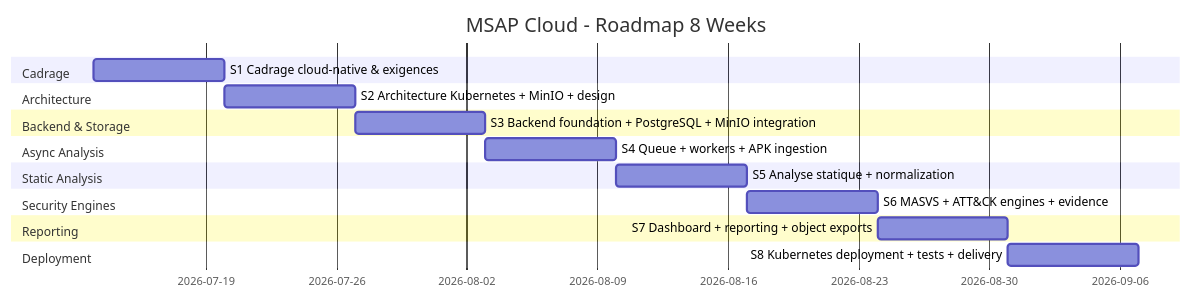
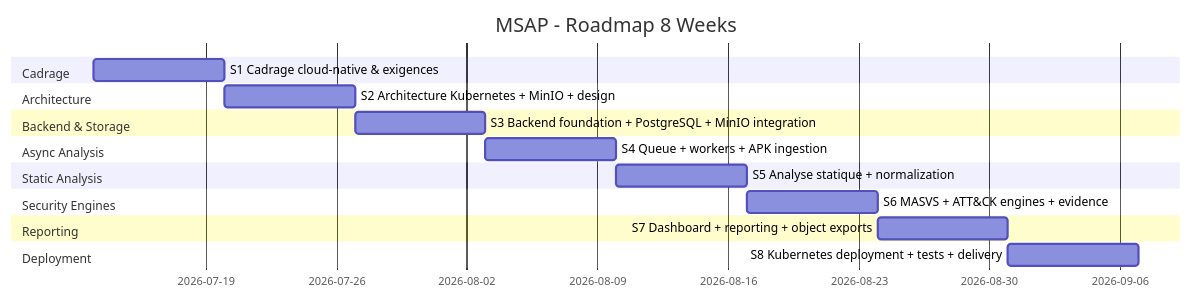
One commit to nine11-tech/MSAP changed the diagram in docs/00_Cadrage/04_Gantt_8_Weeks.md. Above: the diagram before and after it, drawn with Mermaid. The commit also changed other lines of this file and 49 other files, not shown here.

````diff
--- a/docs/00_Cadrage/04_Gantt_8_Weeks.md
+++ b/docs/00_Cadrage/04_Gantt_8_Weeks.md
@@ -3,21 +3,21 @@
 ```mermaid
 gantt
-    title MSAP Cloud - Roadmap 8 Weeks
+    title MSAP - Roadmap 8 Weeks
     dateFormat  YYYY-MM-DD
     section Cadrage
     S1 Cadrage cloud-native & exigences :s1, 2026-07-13, 7d
     section Architecture
     S2 Architecture Kubernetes + MinIO + design :s2, after s1, 7d
     section Backend & Storage
     S3 Backend foundation + PostgreSQL + MinIO integration :s3, after s2, 7d
     section Async Analysis
     S4 Queue + workers + APK ingestion :s4, after s3, 7d
     section Static Analysis
     S5 Analyse statique + normalization :s5, after s4, 7d
     section Security Engines
     S6 MASVS + ATT&CK engines + evidence :s6, after s5, 7d
     section Reporting
     S7 Dashboard + reporting + object exports :s7, after s6, 7d
     section Deployment
     S8 Kubernetes deployment + tests + delivery :s8, after s7, 7d
 ```
````
